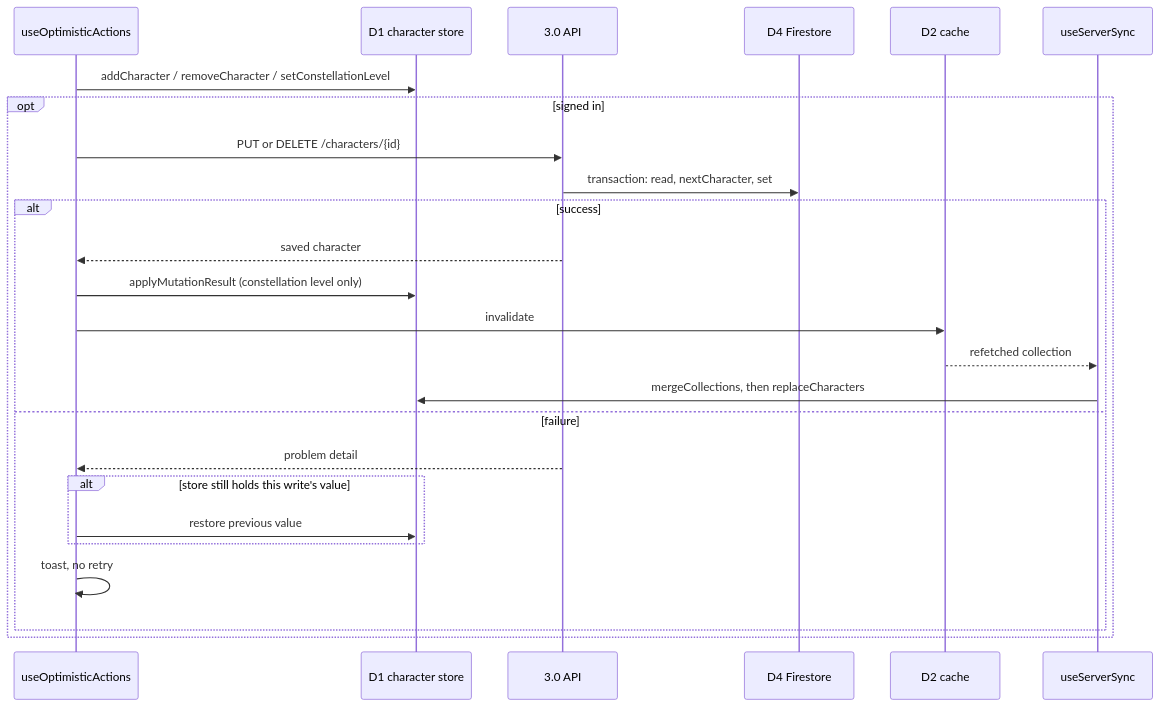
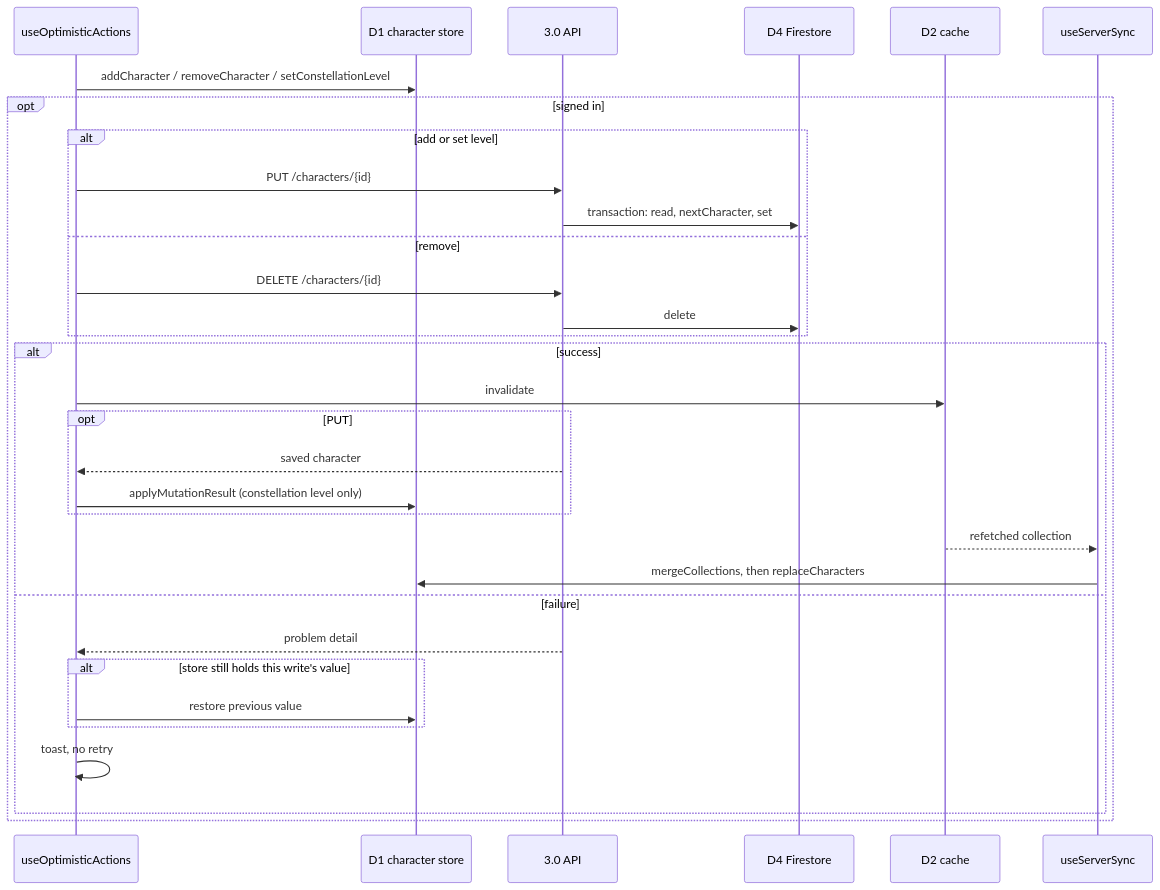
Before and after one commit to dungeon-studio/genshin.dungeon.studio: the third of 6 diagrams in docs/explanation/understanding-data-flow.md, drawn with Mermaid. The commit also changed other lines of this file, not shown here.

````diff
--- a/docs/explanation/understanding-data-flow.md
+++ b/docs/explanation/understanding-data-flow.md
@@ -156,28 +159,35 @@
 ```mermaid
 sequenceDiagram
   participant Hook as useOptimisticActions
   participant Store as D1 character store
   participant API as 3.0 API
   participant FS as D4 Firestore
   participant Cache as D2 cache
   participant Bridge as useServerSync
 
   Hook->>Store: addCharacter / removeCharacter / setConstellationLevel
   opt signed in
-    Hook->>API: PUT or DELETE /characters/{id}
-    API->>FS: transaction: read, nextCharacter, set
+    alt add or set level
+      Hook->>API: PUT /characters/{id}
+      API->>FS: transaction: read, nextCharacter, set
+    else remove
+      Hook->>API: DELETE /characters/{id}
+      API->>FS: delete
+    end
     alt success
-      API-->>Hook: saved character
-      Hook->>Store: applyMutationResult (constellation level only)
       Hook->>Cache: invalidate
+      opt PUT
+        API-->>Hook: saved character
+        Hook->>Store: applyMutationResult (constellation level only)
+      end
       Cache-->>Bridge: refetched collection
       Bridge->>Store: mergeCollections, then replaceCharacters
     else failure
       API-->>Hook: problem detail
       alt store still holds this write's value
         Hook->>Store: restore previous value
       end
       Hook->>Hook: toast, no retry
     end
   end
 ```
````
